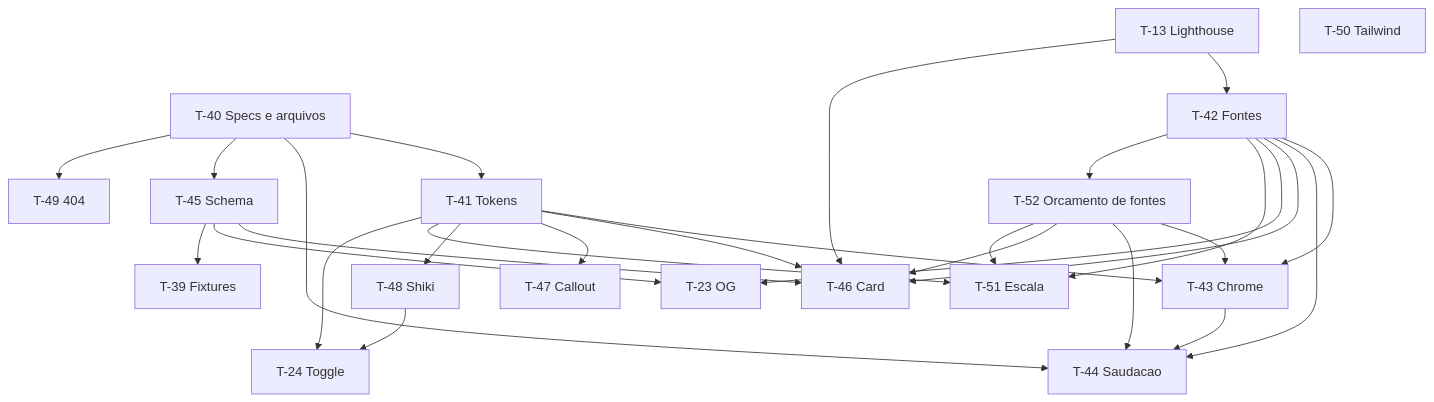
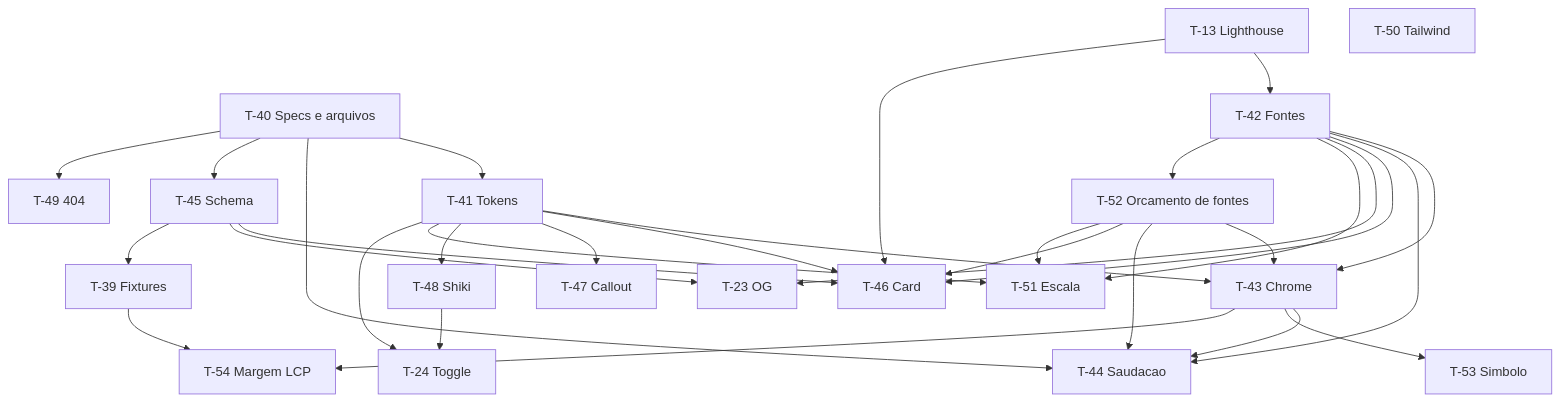
The second of 2 diagrams in specs/ROADMAP.md (Pedroknoll/blog_pedro-knoll), drawn with Mermaid before and after one commit. The commit also changed other lines of this file and 10 other files, not shown here.

````diff
--- a/specs/ROADMAP.md
+++ b/specs/ROADMAP.md
@@ -86,47 +86,52 @@
 ```mermaid
 flowchart TD
   T40[T-40 Specs e arquivos]
   T41[T-41 Tokens]
   T13[T-13 Lighthouse]
   T42[T-42 Fontes]
   T51[T-51 Escala]
   T52[T-52 Orcamento de fontes]
   T43[T-43 Chrome]
   T44[T-44 Saudacao]
   T45[T-45 Schema]
   T46[T-46 Card]
   T47[T-47 Callout]
   T48[T-48 Shiki]
   T49[T-49 404]
   T50[T-50 Tailwind]
   T23[T-23 OG]
   T24[T-24 Toggle]
   T39[T-39 Fixtures]
+  T53[T-53 Simbolo]
+  T54[T-54 Margem LCP]
   T40 --> T41
   T40 --> T44
   T40 --> T45
   T40 --> T49
   T13 --> T42
   T41 --> T43
   T42 --> T43
   T43 --> T44
   T42 --> T44
   T13 --> T46
   T41 --> T46
   T42 --> T46
   T45 --> T46
   T41 --> T47
   T41 --> T48
   T45 --> T23
   T42 --> T23
   T42 --> T51
   T41 --> T51
   T42 --> T52
   T52 --> T43
   T52 --> T44
   T52 --> T46
   T52 --> T51
   T45 --> T39
   T41 --> T24
   T48 --> T24
+  T43 --> T53
+  T43 --> T54
+  T39 --> T54
 ```
````
